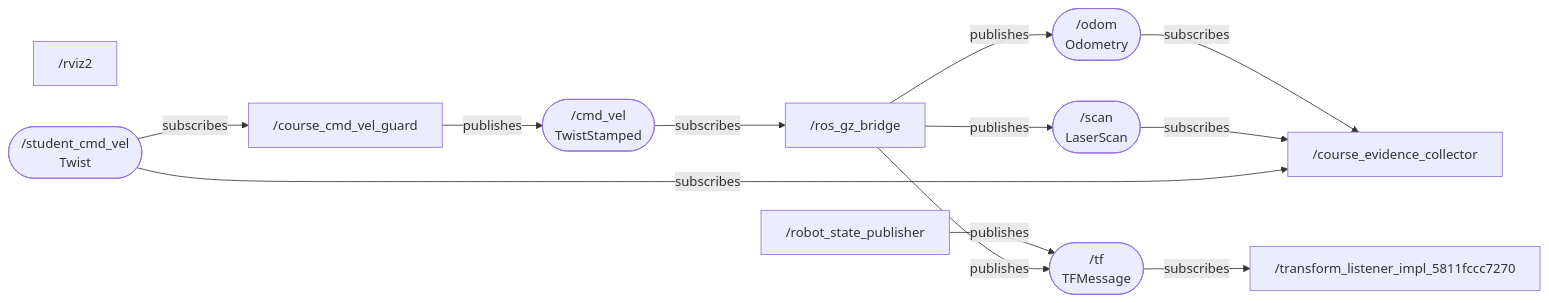
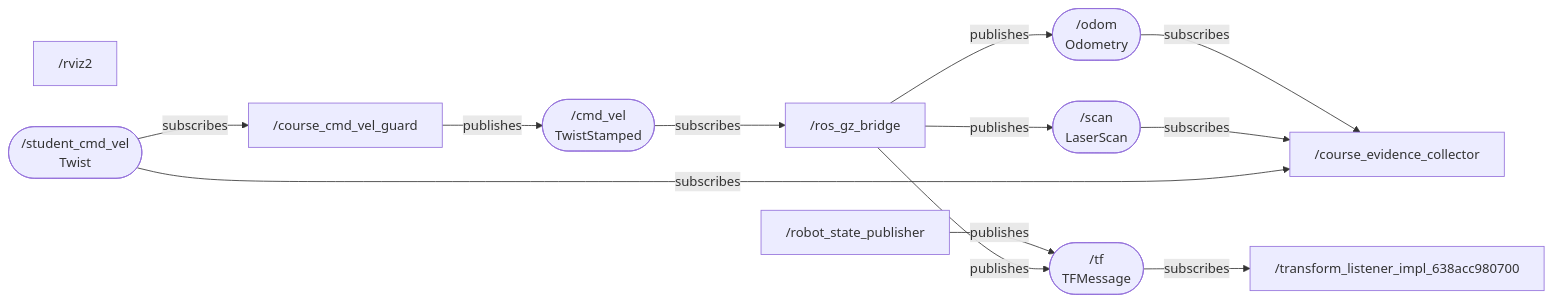
The diagram in week01_ros_foundations/student_submission/mission_1/ros_system_diagram.md (adskilawhdiadjanklsd/robotics-fall2026), drawn with Mermaid before and after one commit. The commit also changed 14 other files, not shown here.

````diff
--- a/week01_ros_foundations/student_submission/mission_1/ros_system_diagram.md
+++ b/week01_ros_foundations/student_submission/mission_1/ros_system_diagram.md
@@ -3,25 +3,25 @@
 ```mermaid
 flowchart LR
   n0["/course_cmd_vel_guard"]
   n1["/course_evidence_collector"]
   n2["/robot_state_publisher"]
   n3["/ros_gz_bridge"]
   n4["/rviz2"]
-  n5["/transform_listener_impl_5811fccc7270"]
+  n5["/transform_listener_impl_638acc980700"]
   t0(["/cmd_vel<br/>TwistStamped"])
   n0 -->|publishes| t0
   t0 -->|subscribes| n3
   t1(["/odom<br/>Odometry"])
   n3 -->|publishes| t1
   t1 -->|subscribes| n1
   t2(["/scan<br/>LaserScan"])
   n3 -->|publishes| t2
   t2 -->|subscribes| n1
   t3(["/student_cmd_vel<br/>Twist"])
   t3 -->|subscribes| n0
   t3 -->|subscribes| n1
   t4(["/tf<br/>TFMessage"])
   n2 -->|publishes| t4
   n3 -->|publishes| t4
   t4 -->|subscribes| n5
 ```
````
